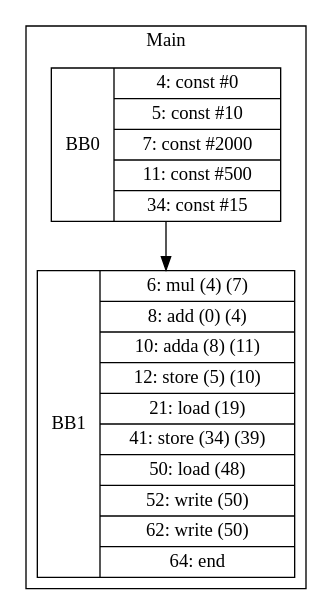
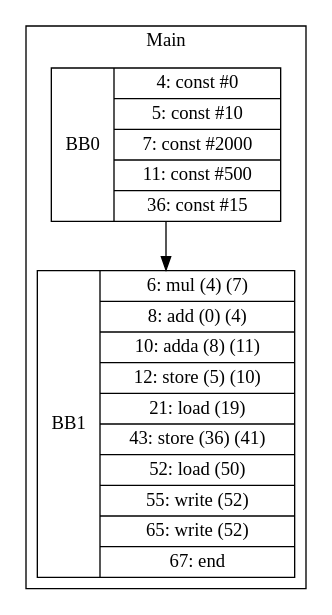
The diagram in visualization/Hongyu/array/test2.gv (zjc664656505/UCI-CS241-Advanced-Compiler-main), drawn with Graphviz before and after one commit. The commit also changed 65 other files, not shown here.

```diff
--- a/visualization/Hongyu/array/test2.gv
+++ b/visualization/Hongyu/array/test2.gv
@@ -1,9 +1,9 @@
 digraph G {
 node [shape=record];
 subgraph cluster_main{
 label = "Main";
-BB0 [shape=record, label="<b>BB0|{4: const #0|5: const #10|7: const #2000|11: const #500|34: const #15}"];
-BB1 [shape=record, label="<b>BB1|{6: mul (4) (7)|8: add (0) (4)|10: adda (8) (11)|12: store (5) (10)|21: load (19)|41: store (34) (39)|50: load (48)|52: write (50)|62: write (50)|64: end}"];
+BB0 [shape=record, label="<b>BB0|{4: const #0|5: const #10|7: const #2000|11: const #500|36: const #15}"];
+BB1 [shape=record, label="<b>BB1|{6: mul (4) (7)|8: add (0) (4)|10: adda (8) (11)|12: store (5) (10)|21: load (19)|43: store (36) (41)|52: load (50)|55: write (52)|65: write (52)|67: end}"];
 }
 BB0:s -> BB1:n ;
 }
```
